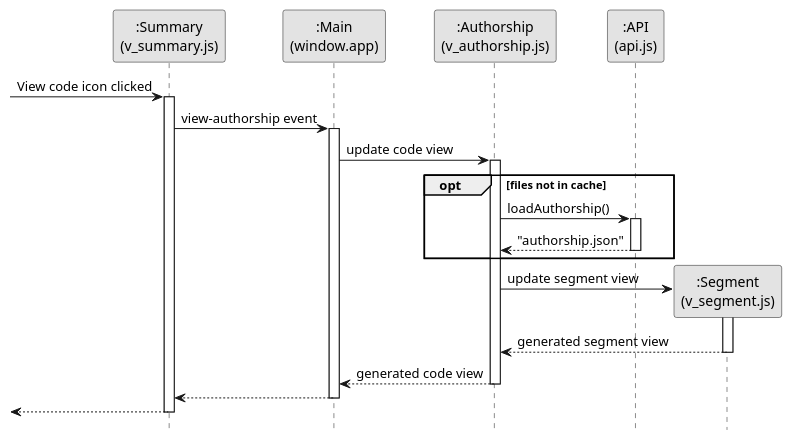
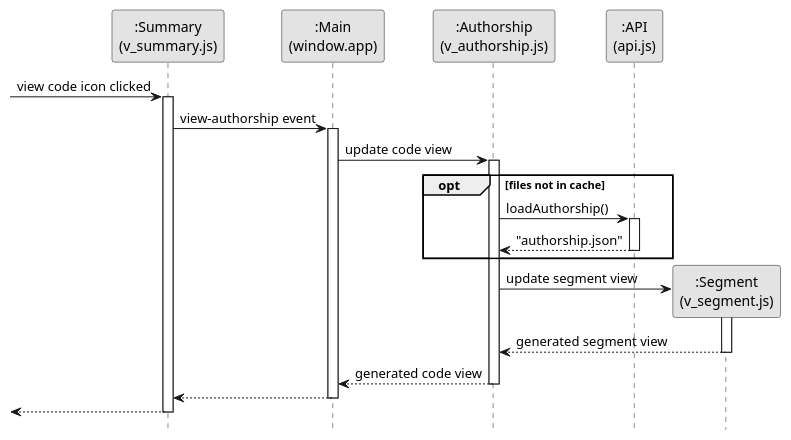
One commit to reposense/RepoSense changed the diagram in docs/diagrams/ReportArchitectureAuthorship.puml. Above: the diagram before and after it, drawn with PlantUML.

Commit message:
Standardise capitalisation

```diff
--- a/docs/diagrams/ReportArchitectureAuthorship.puml
+++ b/docs/diagrams/ReportArchitectureAuthorship.puml
@@ -1,46 +1,46 @@
 @startuml
 hide footbox
 skinparam monochrome true
 skinparam Shadowing false
 
 Participant ":Summary\n(v_summary.js)" as summary
 Participant ":Main\n(window.app)" as main
 Participant ":Authorship\n(v_authorship.js)" as authorship
 Participant ":API\n(api.js)" as api
 Participant ":Segment\n(v_segment.js)" as segment
 
--> summary : View code icon clicked
+-> summary : view code icon clicked
 activate summary
 
 summary -> main : view-authorship event
 activate main
 
 main -> authorship : update code view
 activate authorship
 
 opt files not in cache
 
 authorship -> api : loadAuthorship()
 activate api
 
 api --> authorship: "authorship.json"
 deactivate api
 
 end
 
 create segment
 authorship -> segment : update segment view
 activate segment
 
 segment --> authorship : generated segment view
 deactivate segment
 
 authorship --> main : generated code view
 deactivate authorship
 
 main --> summary
 deactivate main
 
 <-- summary
 deactivate summary
 @enduml
```
